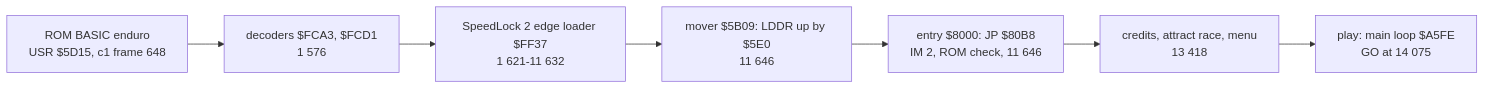
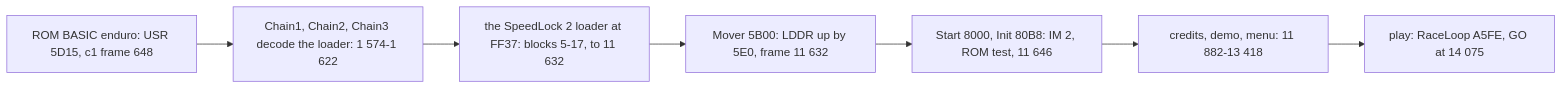
The first of 3 diagrams in games/enduro-racer/docs/02-architecture.md (alfishe/unrealng-reverse-cases), drawn with Mermaid before and after one commit. The commit also changed other lines of this file and 124 other files, not shown here.

````diff
--- a/games/enduro-racer/docs/02-architecture.md
+++ b/games/enduro-racer/docs/02-architecture.md
@@ -44,9 +173,9 @@
 ```mermaid
 flowchart LR
-  A["ROM BASIC enduro<br/>USR $5D15, c1 frame 648"] --> B["decoders $FCA3, $FCD1<br/>1 576"]
-  B --> C["SpeedLock 2 edge loader $FF37<br/>1 621-11 632"]
-  C --> D["mover $5B09: LDDR up by $5E0<br/>11 646"]
-  D --> E["entry $8000: JP $80B8<br/>IM 2, ROM check, 11 646"]
-  E --> F["credits, attract race, menu<br/>13 418"]
-  F --> G["play: main loop $A5FE<br/>GO at 14 075"]
+    A["ROM BASIC enduro: USR 5D15, c1 frame 648"] --> B["Chain1, Chain2, Chain3 decode the loader: 1 574-1 622"]
+    B --> C["the SpeedLock 2 loader at FF37: blocks 5-17, to 11 632"]
+    C --> D["Mover 5B00: LDDR up by 5E0, frame 11 632"]
+    D --> E["Start 8000, Init 80B8: IM 2, ROM test, 11 646"]
+    E --> F["credits, demo, menu: 11 882-13 418"]
+    F --> G["play: RaceLoop A5FE, GO at 14 075"]
 ```
````
